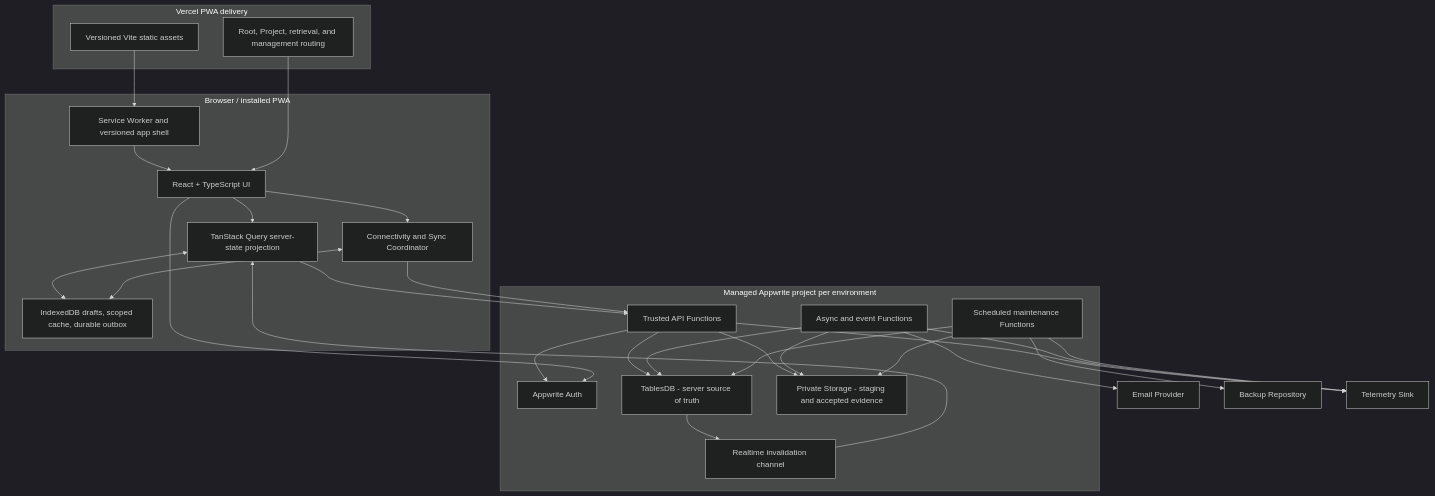
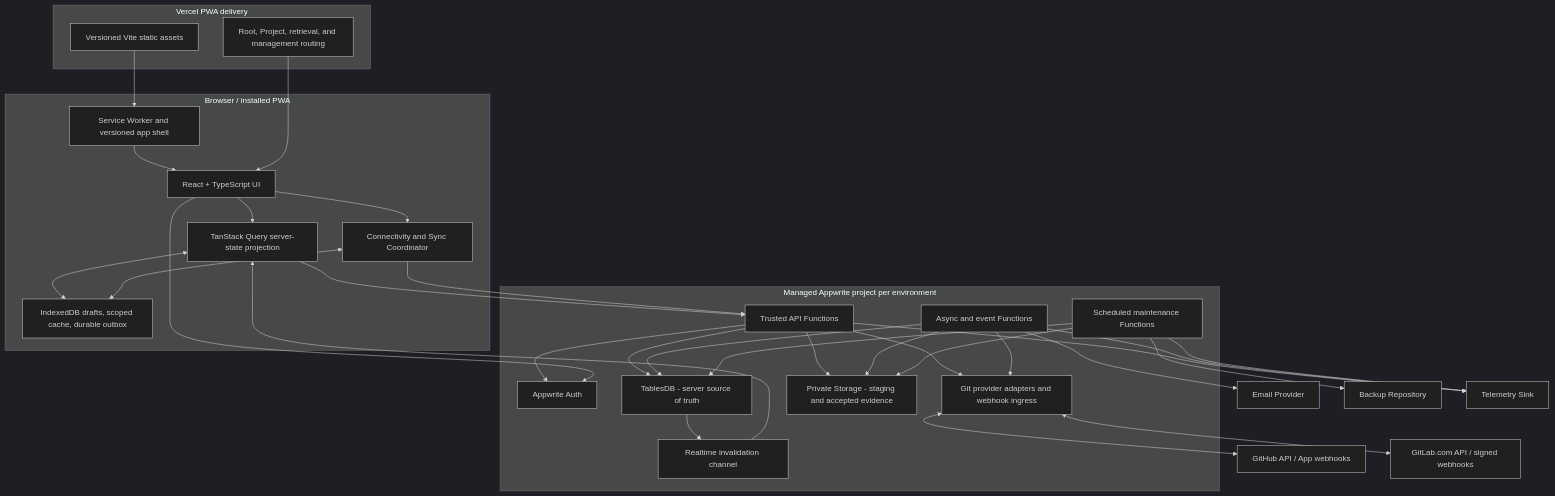
One commit to Y4NN777/y7-feedback-mngt-system changed the second of 6 diagrams in docs/07_ARCHITECTURE.md. Above: the diagram before and after it, drawn with Mermaid (dark theme). The commit also changed other lines of this file and 3 other files, not shown here.

Commit message:
docs: derive Git provider integration architecture

````diff
--- a/docs/07_ARCHITECTURE.md
+++ b/docs/07_ARCHITECTURE.md
@@ -72,55 +82,62 @@
 ```mermaid
 flowchart TB
     subgraph Browser[Browser / installed PWA]
         UI[React + TypeScript UI]
         Query[TanStack Query server-state projection]
         Sync[Connectivity and Sync Coordinator]
         Local[IndexedDB drafts, scoped cache, durable outbox]
         SW[Service Worker and versioned app shell]
         UI --> Query
         UI --> Sync
         Query <--> Local
         Sync <--> Local
         SW --> UI
     end
 
     subgraph Delivery[Vercel PWA delivery]
         Static[Versioned Vite static assets]
         Route[Root, Project, retrieval, and management routing]
     end
 
     subgraph Appwrite[Managed Appwrite project per environment]
         Auth[Appwrite Auth]
         API[Trusted API Functions]
         Worker[Async and event Functions]
         Scheduler[Scheduled maintenance Functions]
+        Providers[Git provider adapters and webhook ingress]
         DB[TablesDB - server source of truth]
         Storage[Private Storage - staging and accepted evidence]
         Realtime[Realtime invalidation channel]
 
         API --> Auth
         API --> DB
         API --> Storage
         Worker --> DB
         Worker --> Storage
         Scheduler --> DB
         Scheduler --> Storage
+        API --> Providers
+        Worker --> Providers
         DB --> Realtime
     end
 
     Mail[Email Provider]
     Backup[Backup Repository]
     Telemetry[Telemetry Sink]
+    GitHub[GitHub API / App webhooks]
+    GitLab[GitLab.com API / signed webhooks]
 
     Static --> SW
     Route --> UI
     Query --> API
     Sync --> API
     UI --> Auth
     Realtime --> Query
     Worker --> Mail
     Scheduler --> Backup
     API --> Telemetry
     Worker --> Telemetry
     Scheduler --> Telemetry
+    Providers <--> GitHub
+    Providers <--> GitLab
 ```
````
